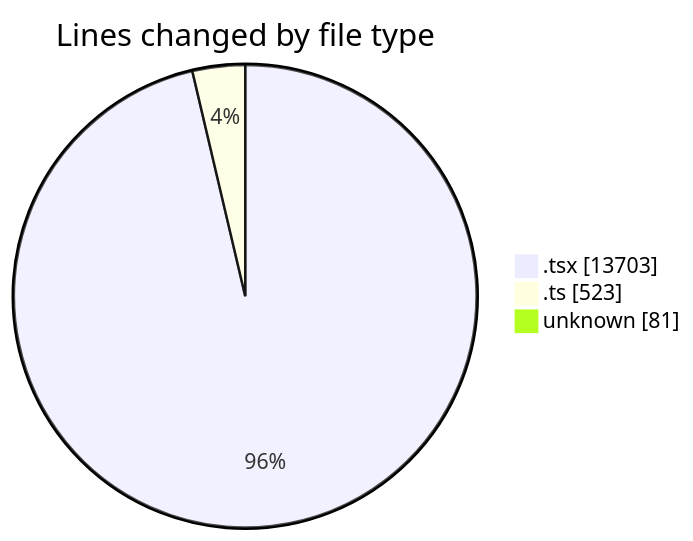
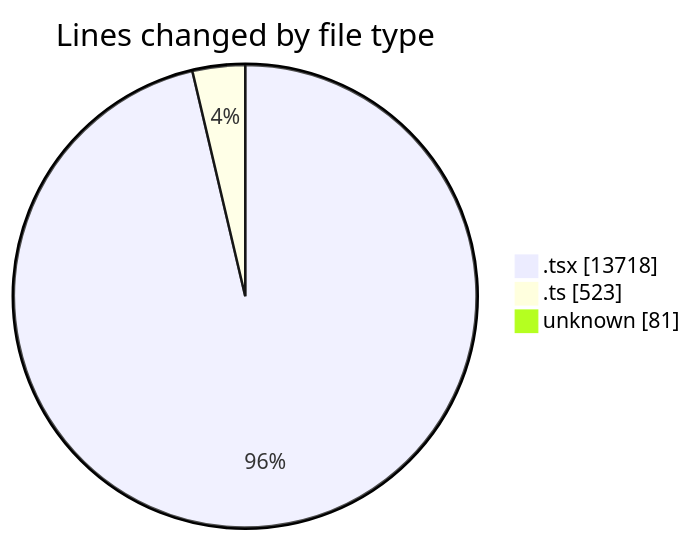
The first of 2 diagrams in 2026-04-05/nxtqube_webapp/README.md (nxtqubesakshisongat/code-tracking), drawn with Mermaid before and after one commit. The commit also changed other lines of this file and 1 other file, not shown here.

````diff
--- a/2026-04-05/nxtqube_webapp/README.md
+++ b/2026-04-05/nxtqube_webapp/README.md
@@ -27,7 +27,7 @@
 ```mermaid
 pie showData
 title Lines changed by file type
-".tsx" : 13703
+".tsx" : 13718
 ".ts" : 523
 "unknown" : 81
 ```
````
